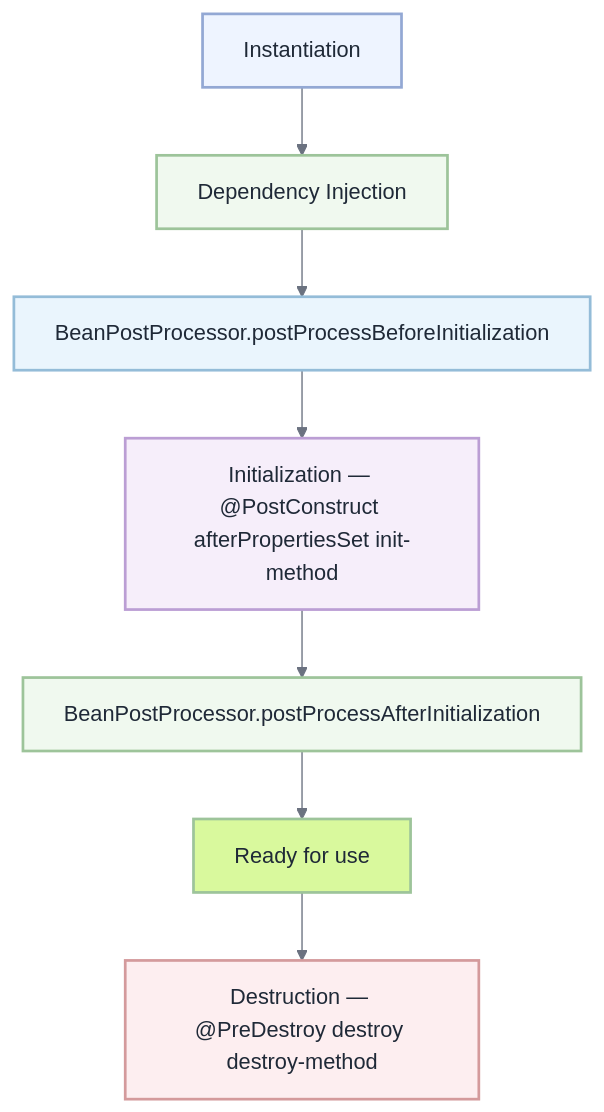
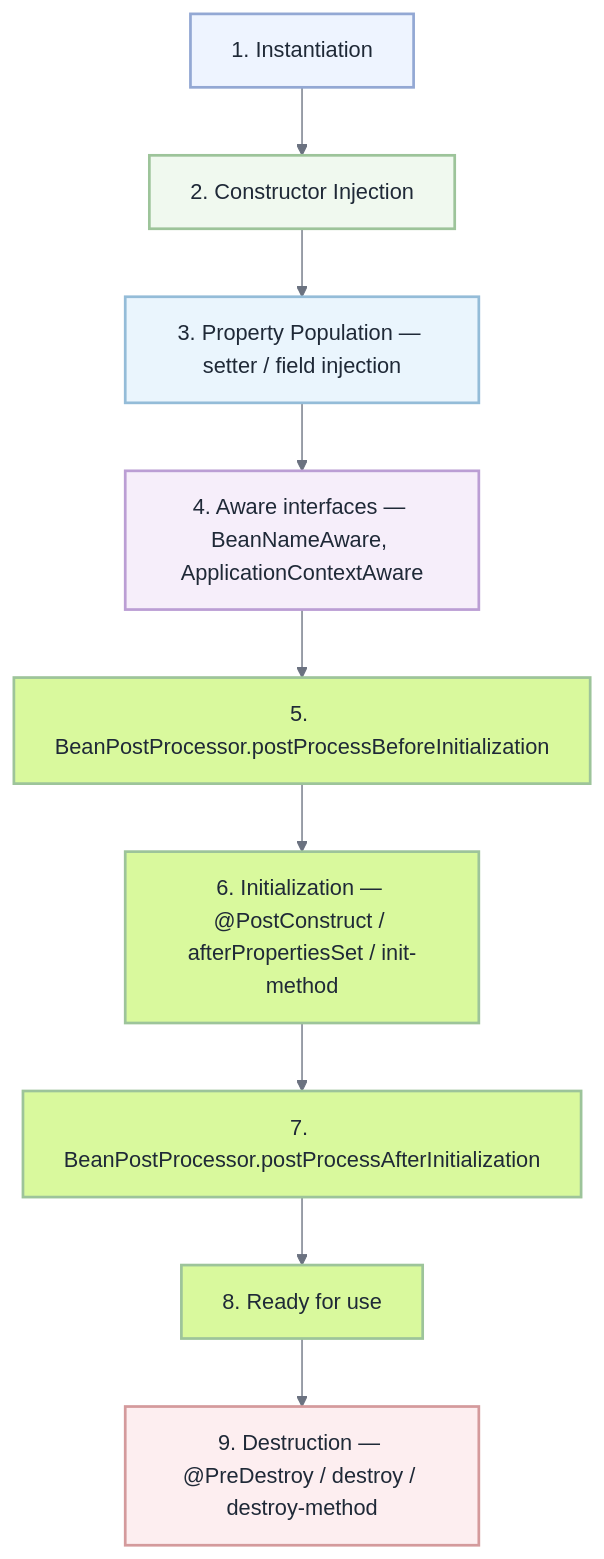
The second of 3 diagrams in docs/interview/spring-boot.md (MishaSytch/middle_java_back), drawn with Mermaid before and after one commit.

````diff
--- a/docs/interview/spring-boot.md
+++ b/docs/interview/spring-boot.md
@@ -132,24 +132,27 @@
 ```mermaid
 %%{init: { 'theme': 'neutral', 'themeVariables': { 'primaryColor': '#ffffff', 'primaryTextColor': '#1f2937', 'lineColor': '#6b7280', 'primaryBorderColor': '#d1d5db', 'secondaryColor': '#f3f4f6', 'tertiaryColor': '#e5e7eb' } } }%%
-flowchart TD
-    A[Instantiation] --> B[Dependency Injection]
-    B --> C[BeanPostProcessor.postProcessBeforeInitialization]
-    C --> D[Initialization — @PostConstruct afterPropertiesSet init-method]
-    D --> E[BeanPostProcessor.postProcessAfterInitialization]
-    E --> F[Ready for use]
-    F --> G[Destruction — @PreDestroy destroy destroy-method]
+flowchart TB
+    A[1. Instantiation] --> B[2. Constructor Injection]
+    B --> C[3. Property Population — setter / field injection]
+    C --> D[4. Aware interfaces — BeanNameAware, ApplicationContextAware]
+    D --> E[5. BeanPostProcessor.postProcessBeforeInitialization]
+    E --> F[6. Initialization — @PostConstruct / afterPropertiesSet / init-method]
+    F --> G[7. BeanPostProcessor.postProcessAfterInitialization]
+    G --> H[8. Ready for use]
+    H --> I[9. Destruction — @PreDestroy / destroy / destroy-method]
     classDef n0 fill:#eef4ff,stroke:#93a8d4,stroke-width:2px,color:#1f2937
     classDef n1 fill:#f0f9ef,stroke:#9dc49a,stroke-width:2px,color:#1f2937
     classDef n2 fill:#eaf5fd,stroke:#94bcd8,stroke-width:2px,color:#1f2937
     classDef n3 fill:#f6eefa,stroke:#bb9ed4,stroke-width:2px,color:#1f2937
-    classDef n4 fill:#f0f9ef,stroke:#9dc49a,stroke-width:2px,color:#1f2937
-    classDef n5 fill:#d9f99d,stroke:#9dc49a,stroke-width:2px,color:#1f2937
-    classDef n6 fill:#fdeef0,stroke:#d49a9c,stroke-width:2px,color:#1f2937
+    classDef n4 fill:#d9f99d,stroke:#9dc49a,stroke-width:2px,color:#1f2937
+    classDef n5 fill:#fdeef0,stroke:#d49a9c,stroke-width:2px,color:#1f2937
     class A n0
     class B n1
     class C n2
     class D n3
     class E n4
-    class F n5
-    class G n6
+    class F n4
+    class G n4
+    class H n4
+    class I n5
 ```
````
